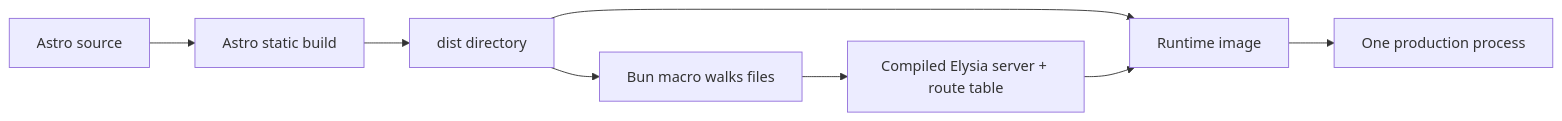
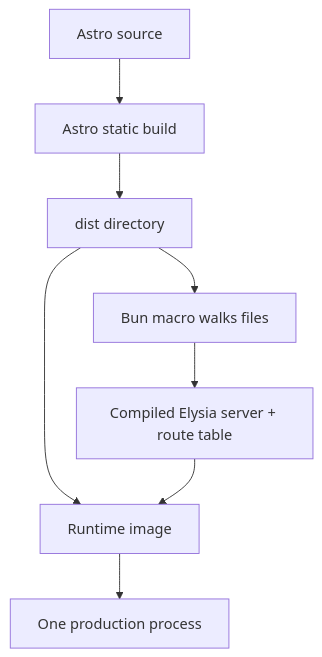
The diagram in web/content/blog/shipping-astro-from-a-bun-server.mdx (ErickCReis/ErickCReis), drawn with Mermaid before and after one commit. The commit also changed 21 other files, not shown here.

First line of the commit message:
Improve Mermaid diagram readability across blog posts

````diff
--- a/web/content/blog/shipping-astro-from-a-bun-server.mdx
+++ b/web/content/blog/shipping-astro-from-a-bun-server.mdx
@@ -16,10 +16,10 @@
 ```mermaid center
-flowchart LR
+flowchart TB
   Source["Astro source"] --> Astro["Astro static build"]
   Astro --> Dist["dist directory"]
   Dist --> Macro["Bun macro walks files"]
   Macro --> Binary["Compiled Elysia server + route table"]
   Dist --> Image["Runtime image"]
   Binary --> Image
   Image --> Process["One production process"]
 ```
````
